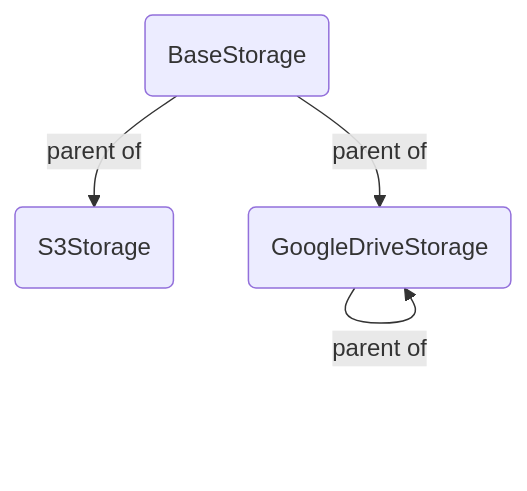
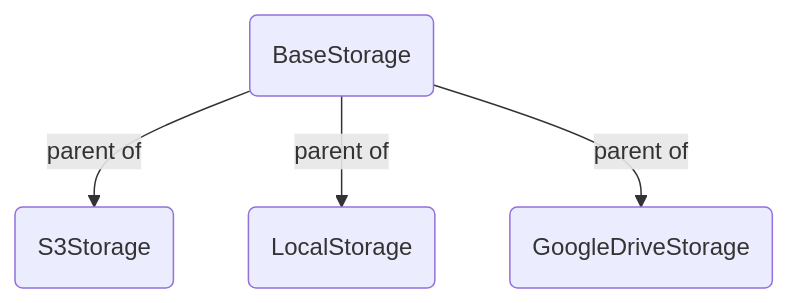
The second of 2 diagrams in README.md (bellingcat/auto-archiver), drawn with Mermaid before and after one commit. The commit also changed other lines of this file, not shown here.

Commit message:
readme updates

````diff
--- a/README.md
+++ b/README.md
@@ -157,6 +158,6 @@
 ```mermaid
 graph TD
     A(BaseStorage) -->|parent of| B(S3Storage)
-    C(BaseStorage) -->|parent of| C(LocalStorage)
-    A(BaseStorage) -->|parent of| C(GoogleDriveStorage)
+    A(BaseStorage) -->|parent of| C(LocalStorage)
+    A(BaseStorage) -->|parent of| D(GoogleDriveStorage)
 ```
````
